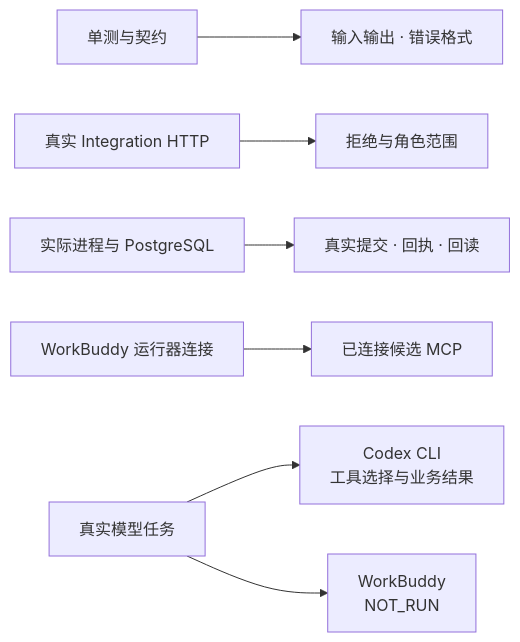
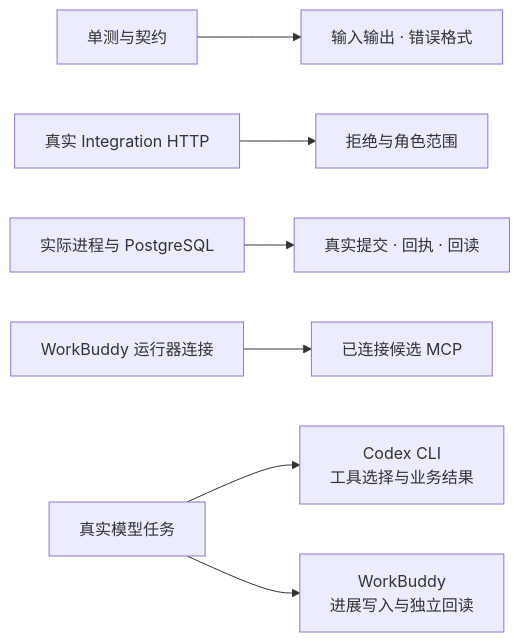
The diagram in services/dingjiang-mcp/evals/agent/README.md (lqyq666/dingjiang-zhiji-2), drawn with Mermaid before and after one commit. The commit also changed other lines of this file and 3 other files, not shown here.

````diff
--- a/services/dingjiang-mcp/evals/agent/README.md
+++ b/services/dingjiang-mcp/evals/agent/README.md
@@ -7,9 +7,9 @@
 ```mermaid
 flowchart LR
   Unit["单测与契约"] --> Schema["输入输出 · 错误格式"]
   HTTP["真实 Integration HTTP"] --> Guard["拒绝与角色范围"]
   E2E["实际进程与 PostgreSQL"] --> Tx["真实提交 · 回执 · 回读"]
   Connect["WorkBuddy 运行器连接"] --> Ready["已连接候选 MCP"]
   Model["真实模型任务"] --> Outcome["Codex CLI<br/>工具选择与业务结果"]
-  Model --> NotRun["WorkBuddy<br/>NOT_RUN"]
+  Model --> WorkBuddy["WorkBuddy<br/>进展写入与独立回读"]
 ```
````
